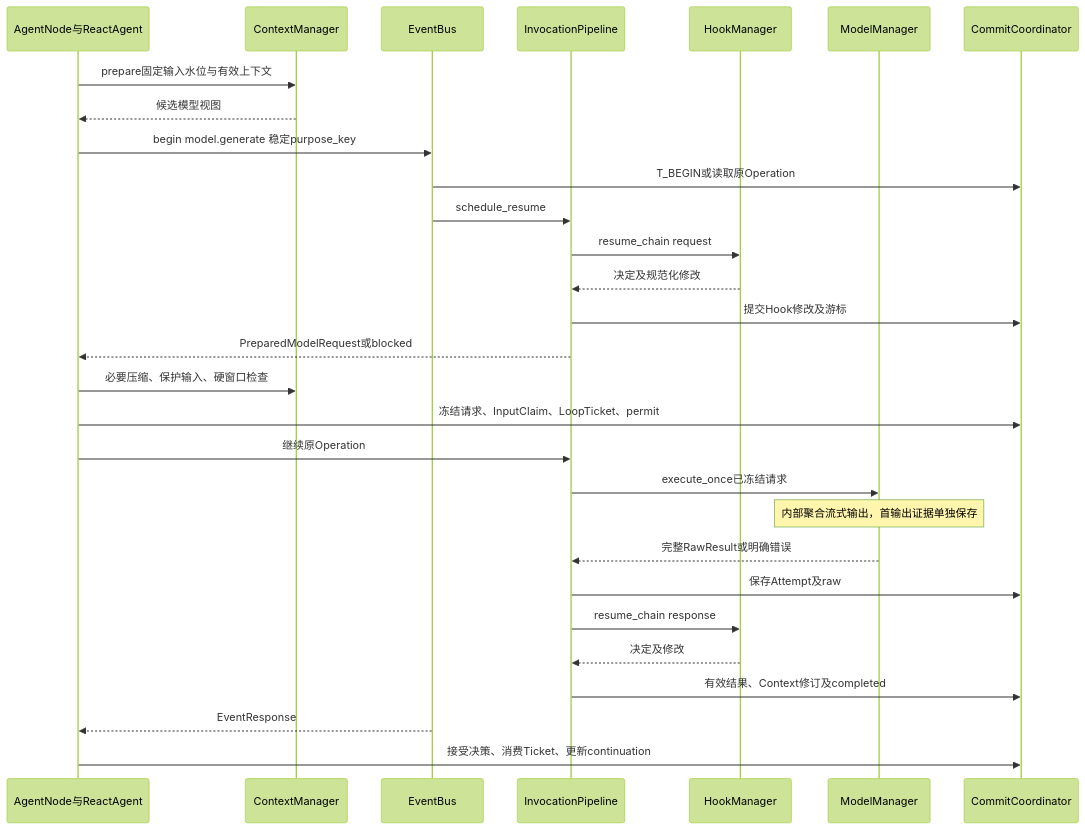
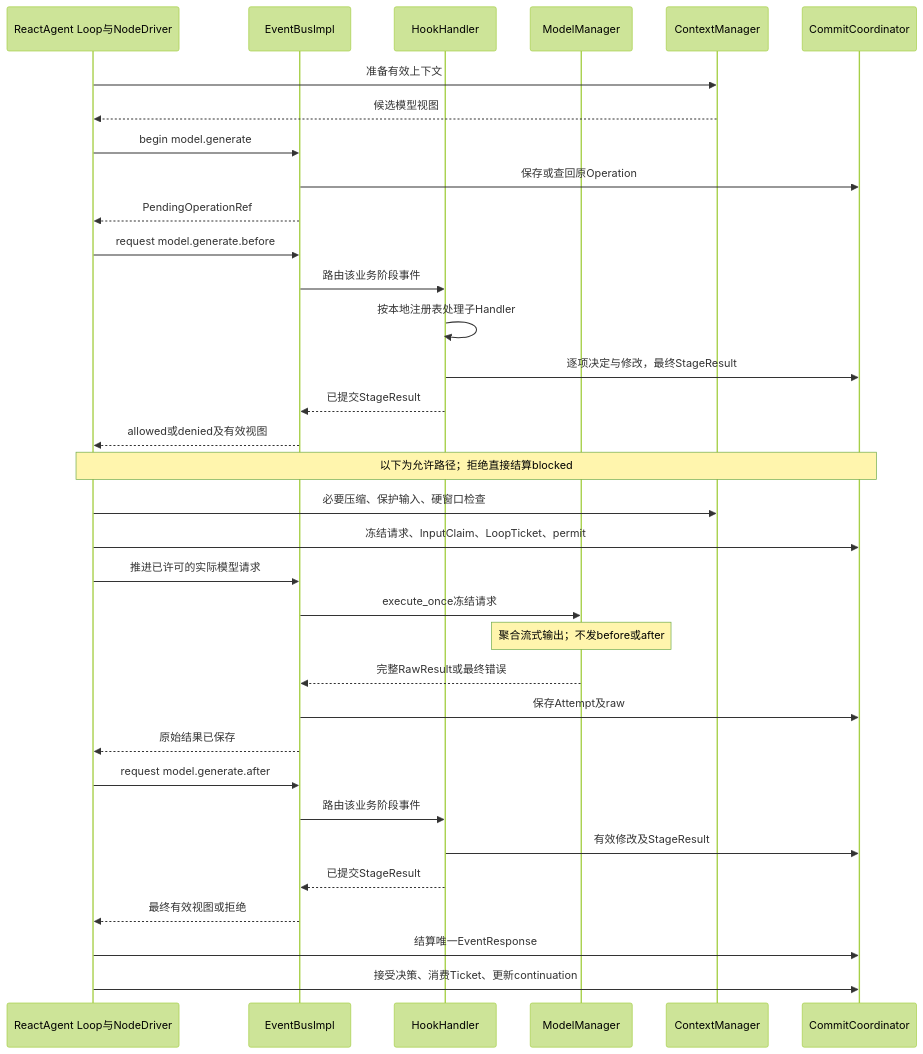
One commit to dujian0068/agent-loom changed the seventh of 9 diagrams in docs/sdk/object-collaboration.md. Above: the diagram before and after it, drawn with Mermaid (forest theme). The commit also changed other lines of this file and 15 other files, not shown here.

````diff
--- a/docs/sdk/object-collaboration.md
+++ b/docs/sdk/object-collaboration.md
@@ -481,31 +497,36 @@
 ```mermaid
 sequenceDiagram
-    participant D as AgentNode与ReactAgent
+    participant D as ReactAgent Loop与NodeDriver
+    participant B as EventBusImpl
+    participant H as HookHandler
+    participant M as ModelManager
     participant X as ContextManager
-    participant B as EventBus
-    participant P as InvocationPipeline
-    participant H as HookManager
-    participant M as ModelManager
     participant C as CommitCoordinator
-    D->>X: prepare固定输入水位与有效上下文
+    D->>X: 准备有效上下文
     X-->>D: 候选模型视图
-    D->>B: begin model.generate 稳定purpose_key
-    B->>C: T_BEGIN或读取原Operation
-    B->>P: schedule_resume
-    P->>H: resume_chain request
-    H-->>P: 决定及规范化修改
-    P->>C: 提交Hook修改及游标
-    P-->>D: PreparedModelRequest或blocked
+    D->>B: begin model.generate
+    B->>C: 保存或查回原Operation
+    B-->>D: PendingOperationRef
+    D->>B: request model.generate.before
+    B->>H: 路由该业务阶段事件
+    H->>H: 按本地注册表处理子Handler
+    H->>C: 逐项决定与修改，最终StageResult
+    H-->>B: 已提交StageResult
+    B-->>D: allowed或denied及有效视图
+    Note over D,C: 以下为允许路径；拒绝直接结算blocked
     D->>X: 必要压缩、保护输入、硬窗口检查
     D->>C: 冻结请求、InputClaim、LoopTicket、permit
-    D->>P: 继续原Operation
-    P->>M: execute_once已冻结请求
-    Note over M: 内部聚合流式输出，首输出证据单独保存
-    M-->>P: 完整RawResult或明确错误
-    P->>C: 保存Attempt及raw
-    P->>H: resume_chain response
-    H-->>P: 决定及修改
-    P->>C: 有效结果、Context修订及completed
-    B-->>D: EventResponse
+    D->>B: 推进已许可的实际模型请求
+    B->>M: execute_once冻结请求
+    Note over M: 聚合流式输出；不发before或after
+    M-->>B: 完整RawResult或最终错误
+    B->>C: 保存Attempt及raw
+    B-->>D: 原始结果已保存
+    D->>B: request model.generate.after
+    B->>H: 路由该业务阶段事件
+    H->>C: 有效修改及StageResult
+    H-->>B: 已提交StageResult
+    B-->>D: 最终有效视图或拒绝
+    D->>C: 结算唯一EventResponse
     D->>C: 接受决策、消费Ticket、更新continuation
 ```
````
